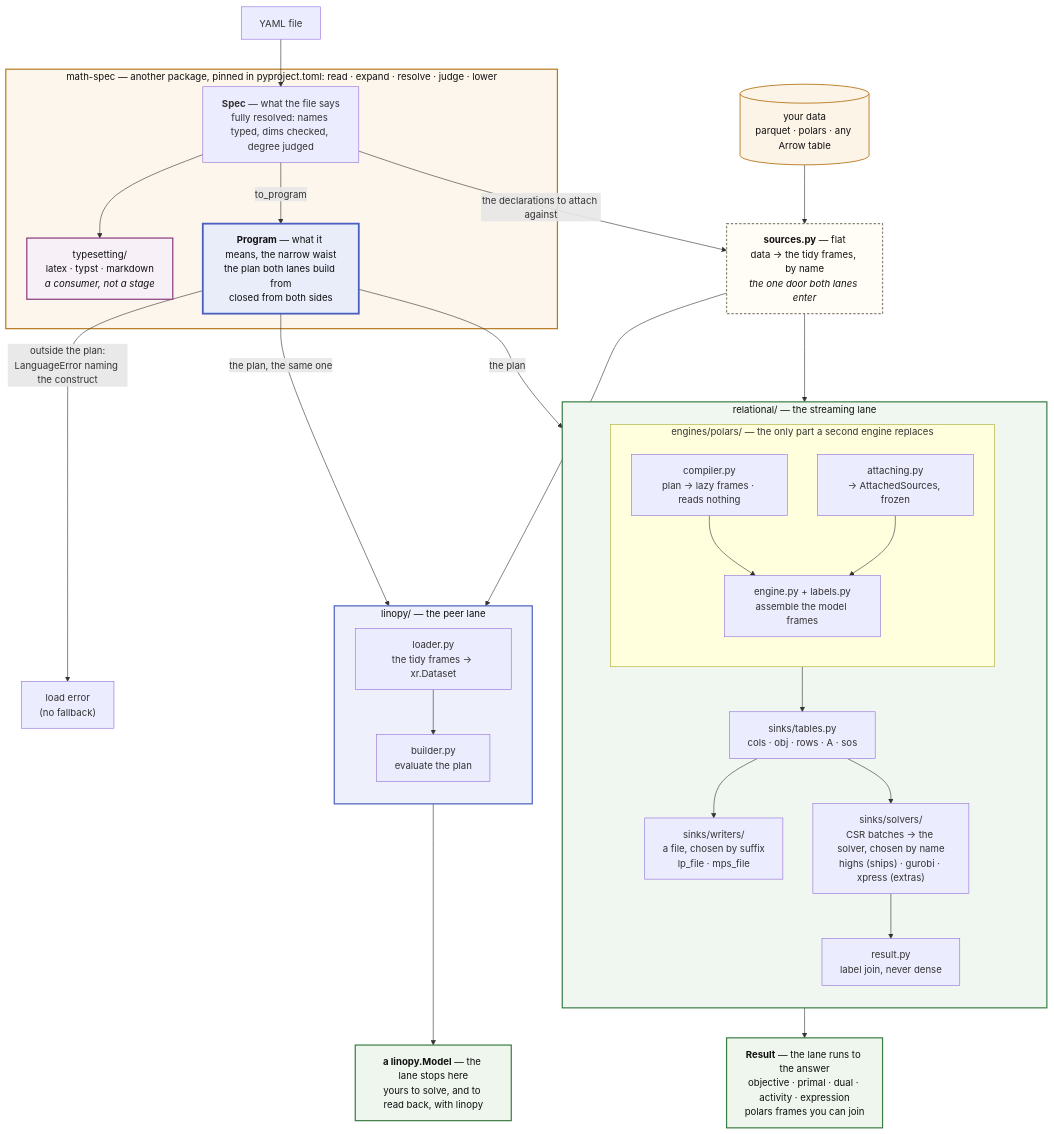
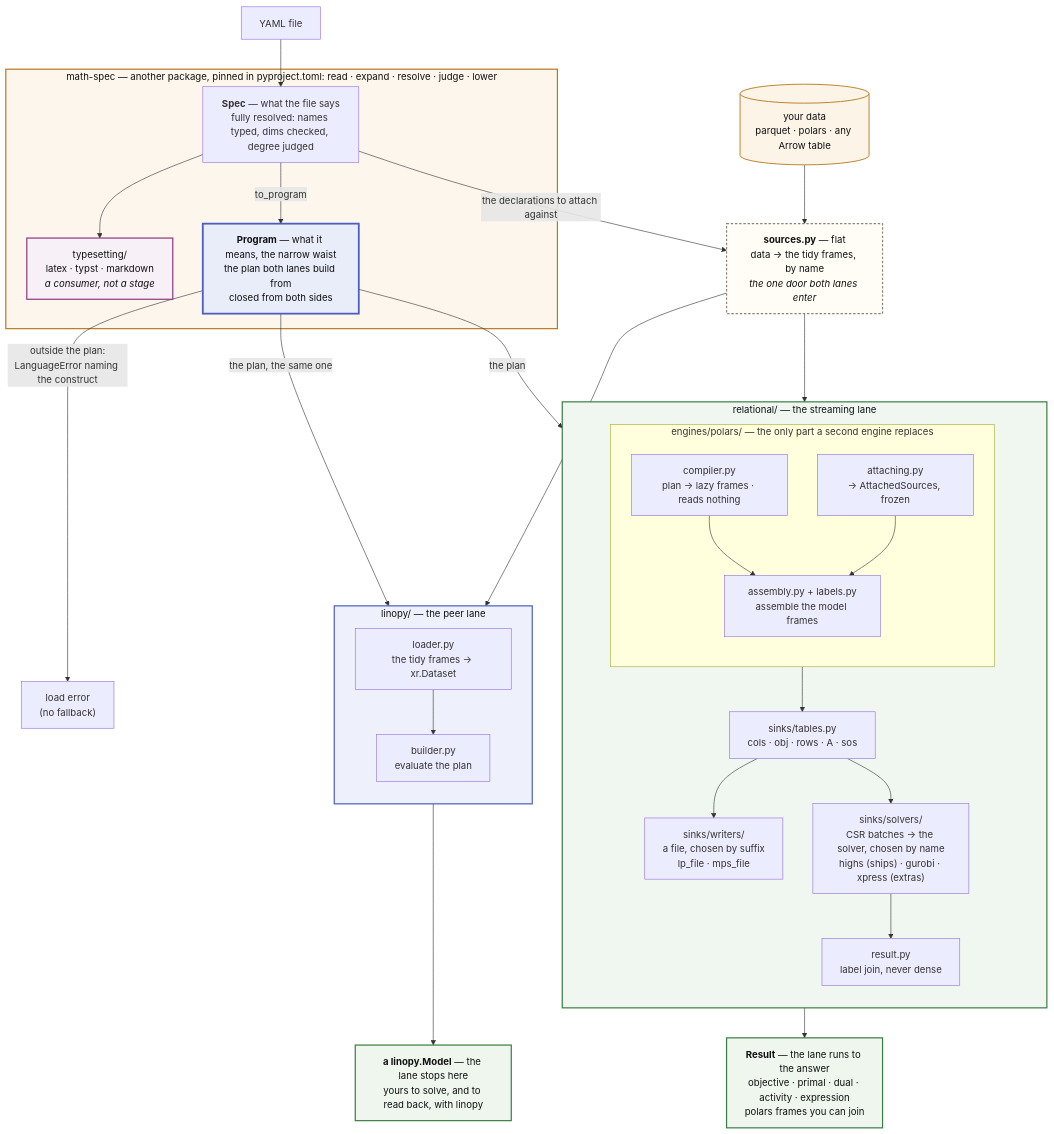
Before and after one commit to FBumann/linopy-yaml: the first of 2 diagrams in docs/about/architecture.md, drawn with Mermaid. The commit also changed other lines of this file and 61 other files, not shown here.

````diff
--- a/docs/about/architecture.md
+++ b/docs/about/architecture.md
@@ -73,59 +73,59 @@
 ```mermaid
 flowchart TB
     Y[YAML file] --> SPEC
     DATA[("your data<br/>parquet · polars · any Arrow table")] --> SRC
 
     subgraph MS["math-spec — another package, pinned in pyproject.toml: read · expand · resolve · judge · lower"]
         SPEC["<b>Spec</b> — what the file says<br/>fully resolved: names typed, dims checked, degree judged"]
         SPEC --> TS["typesetting/<br/>latex · typst · markdown<br/><i>a consumer, not a stage</i>"]
         SPEC -->|"to_program"| PLAN["<b>Program</b> — what it means, the narrow waist<br/>the plan both lanes build from<br/>closed from both sides"]
     end
 
     SPEC -->|"the declarations to attach against"| SRC
     SRC["<b>sources.py</b> — flat<br/>data → the tidy frames, by name<br/><i>the one door both lanes enter</i>"]
 
     PLAN -->|"outside the plan:<br/>LanguageError naming the construct"| ERR["load error<br/>(no fallback)"]
     PLAN -->|"the plan"| COMP
     SRC --> ATTACH
     PLAN -->|"the plan, the same one"| BUILD
     SRC --> LOAD
 
     subgraph REL["relational/ — the streaming lane"]
         direction TB
         subgraph ENG["engines/polars/ — the only part a second engine replaces"]
             direction TB
             COMP["compiler.py<br/>plan → lazy frames · reads nothing"] --> ENGINE
-            ATTACH["attaching.py<br/>→ AttachedSources, frozen"] --> ENGINE["engine.py + labels.py<br/>assemble the model frames"]
+            ATTACH["attaching.py<br/>→ AttachedSources, frozen"] --> ENGINE["assembly.py + labels.py<br/>assemble the model frames"]
         end
         ENG --> TABLES["sinks/tables.py<br/>cols · obj · rows · A · sos"]
         TABLES --> LPS["sinks/writers/<br/>a file, chosen by suffix<br/>lp_file · mps_file"]
         TABLES --> DIRECT["sinks/solvers/<br/>CSR batches → the solver, chosen by name<br/>highs (ships) · gurobi · xpress (extras)"]
         DIRECT --> SOL["result.py<br/>label join, never dense"]
     end
 
     SOL --> ANS["<b>Result</b> — the lane runs to the answer<br/>objective · primal · dual · activity · expression<br/>polars frames you can join"]
 
     subgraph LIN["linopy/ — the peer lane"]
         direction TB
         LOAD["loader.py<br/>the tidy frames → xr.Dataset"] --> BUILD["builder.py<br/>evaluate the plan"]
     end
 
     BUILD --> MODEL["<b>a linopy.Model</b> — the lane stops here<br/>yours to solve, and to read back, with linopy"]
 
     classDef laneL fill:#fdf6ec,stroke:#b7791f,stroke-width:2px,color:#111
     classDef laneR fill:#f0f7f0,stroke:#3a7d44,stroke-width:2px,color:#111
     classDef laneE fill:#eef1fb,stroke:#4a5fc1,stroke-width:2px,color:#111
     classDef laneT fill:#f7f0f7,stroke:#8b3a7d,stroke-width:2px,color:#111
     classDef waist fill:#e9edfa,stroke:#4a5fc1,stroke-width:3px,color:#111
     classDef flat fill:#fffdf5,stroke:#8a8578,stroke-width:2px,stroke-dasharray:4 3,color:#111
     classDef data fill:#fdf4e8,stroke:#b7791f,stroke-width:1.5px,color:#111
     classDef out fill:#eef6ee,stroke:#3a7d44,stroke-width:2px,color:#111
     class MS laneL
     class REL laneR
     class LIN laneE
     class TS laneT
     class PLAN waist
     class SRC flat
     class DATA data
     class ANS,MODEL out
 ```
````
